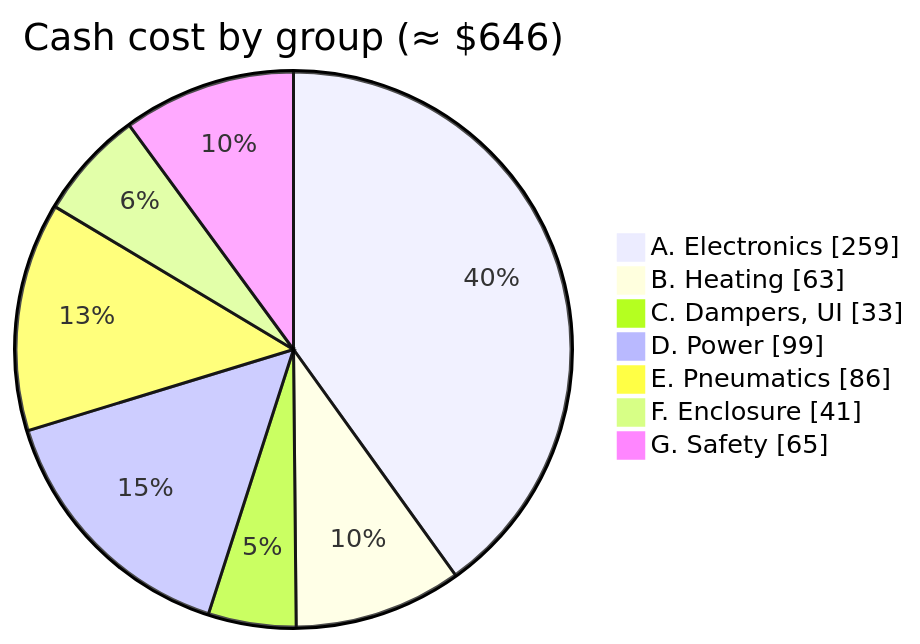
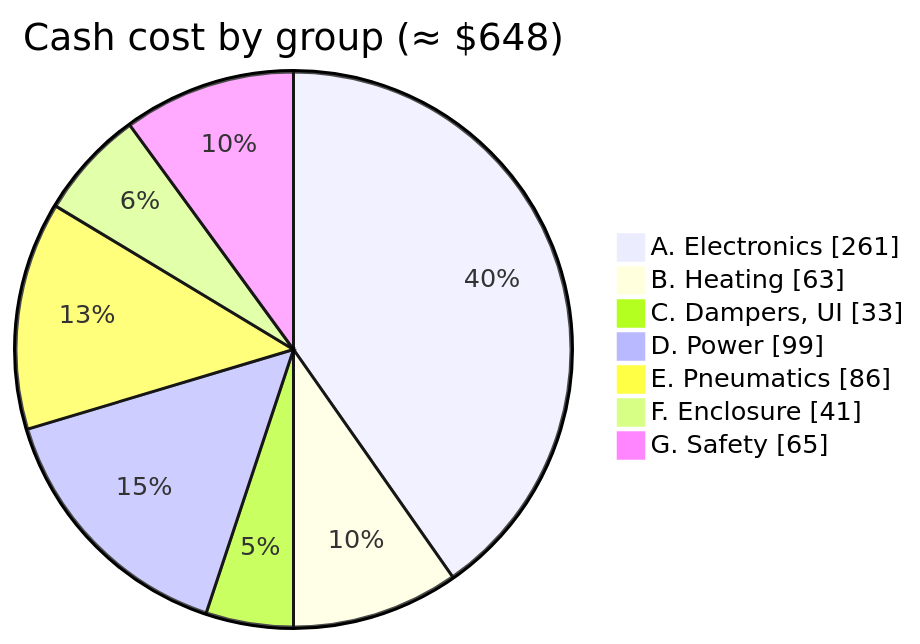
One commit to BashfulBits/3dp-fleet-exhaust changed the diagram in docs/03_bill_of_materials.md. Above: the diagram before and after it, drawn with Mermaid. The commit also changed other lines of this file and 4 other files, not shown here.

````diff
--- a/docs/03_bill_of_materials.md
+++ b/docs/03_bill_of_materials.md
@@ -28,11 +28,11 @@
 ```mermaid
 pie showData
-  title Cash cost by group (≈ $646)
-  "A. Electronics" : 259
+  title Cash cost by group (≈ $648)
+  "A. Electronics" : 261
   "B. Heating" : 63
   "C. Dampers, UI" : 33
   "D. Power" : 99
   "E. Pneumatics" : 86
   "F. Enclosure" : 41
   "G. Safety" : 65
 ```
````
